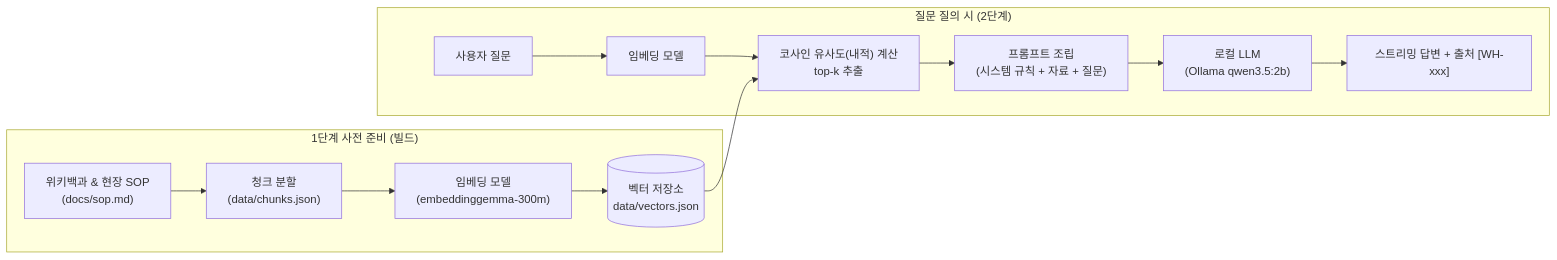
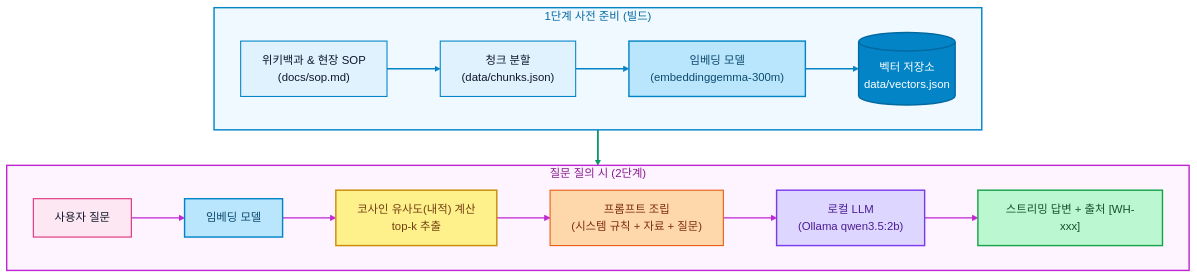
Before and after one commit to rome777/rag-chat-bot: the diagram in README.md, drawn with Mermaid.

Commit message:
docs: 동작 원리 다이어그램 상하 배치 및 노드/엣지 색상 스타일 적용

````diff
--- a/README.md
+++ b/README.md
@@ -23,16 +23,42 @@
 ```mermaid
-flowchart LR
+flowchart TB
     subgraph 준비["1단계 사전 준비 (빌드)"]
+        direction LR
         D["위키백과 & 현장 SOP<br/>(docs/sop.md)"] --> C["청크 분할<br/>(data/chunks.json)"]
         C --> E1["임베딩 모델<br/>(embeddinggemma-300m)"]
         E1 --> V[("벡터 저장소<br/>data/vectors.json")]
     end
+
     subgraph 검색과생성["질문 질의 시 (2단계)"]
+        direction LR
         Q["사용자 질문"] --> E2["임베딩 모델"]
         E2 --> S["코사인 유사도(내적) 계산<br/>top-k 추출"]
-        V --> S
         S --> P["프롬프트 조립<br/>(시스템 규칙 + 자료 + 질문)"]
         P --> L["로컬 LLM<br/>(Ollama qwen3.5:2b)"]
         L --> A["스트리밍 답변 + 출처 [WH-xxx]"]
     end
+
+    V --> S
+
+    %% 서브그래프 스타일
+    style 준비 fill:#f0f9ff,stroke:#0284c7,stroke-width:2px,color:#0369a1
+    style 검색과생성 fill:#fdf4ff,stroke:#c026d3,stroke-width:2px,color:#86198f
+
+    %% 노드 스타일 (색상 적용)
+    style D fill:#e0f2fe,stroke:#0284c7,stroke-width:1.5px,color:#0f172a
+    style C fill:#e0f2fe,stroke:#0284c7,stroke-width:1.5px,color:#0f172a
+    style E1 fill:#bae6fd,stroke:#0284c7,stroke-width:2px,color:#0c4a6e
+    style V fill:#0284c7,stroke:#0369a1,stroke-width:2px,color:#ffffff
+
+    style Q fill:#fce7f3,stroke:#db2777,stroke-width:1.5px,color:#0f172a
+    style E2 fill:#bae6fd,stroke:#0284c7,stroke-width:2px,color:#0c4a6e
+    style S fill:#fef08a,stroke:#ca8a04,stroke-width:2px,color:#713f12
+    style P fill:#fed7aa,stroke:#ea580c,stroke-width:1.5px,color:#7c2d12
+    style L fill:#ddd6fe,stroke:#7c3aed,stroke-width:2px,color:#4c1d95
+    style A fill:#bbf7d0,stroke:#16a34a,stroke-width:2px,color:#14532d
+
+    %% 엣지(연결선) 스타일 (색상 적용)
+    linkStyle 0,1,2 stroke:#0284c7,stroke-width:2px;
+    linkStyle 3,4,5,6,7 stroke:#c026d3,stroke-width:2px;
+    linkStyle 8 stroke:#059669,stroke-width:2.5px;
 ```
````
